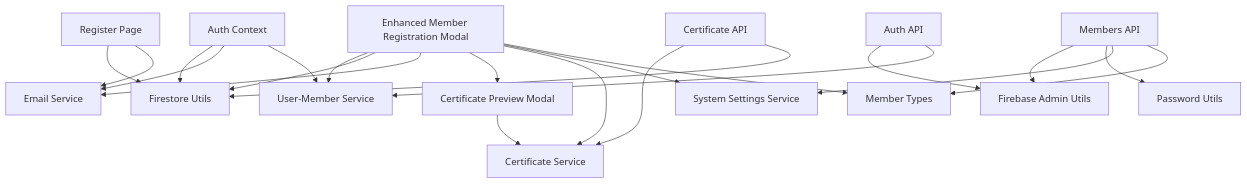
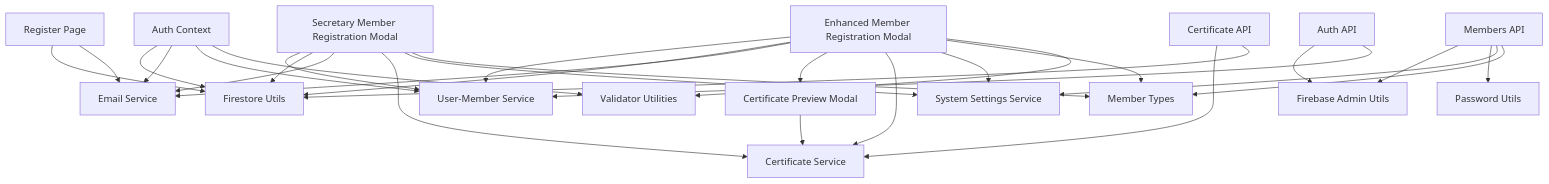
One commit to Unsure-bry/sampacoop_system changed the seventh of 7 diagrams in .qoder/repowiki/en/content/Member Management System/Member Registration Workflow.md. Above: the diagram before and after it, drawn with Mermaid. The commit also changed other lines of this file and 5 other files, not shown here.

````diff
--- a/.qoder/repowiki/en/content/Member Management System/Member Registration Workflow.md
+++ b/.qoder/repowiki/en/content/Member Management System/Member Registration Workflow.md
@@ -540,24 +627,32 @@
 ```mermaid
 graph TB
 RP["Register Page"] --> FIRESTORE["Firestore Utils"]
 RP --> EMAIL["Email Service"]
 MRM["Enhanced Member Registration Modal"] --> UMS["User-Member Service"]
 MRM --> FIRESTORE
 MRM --> EMAIL
 MRM --> CPM["Certificate Preview Modal"]
 MRM --> CERTSERVICE["Certificate Service"]
 MRM --> SETTINGS["System Settings Service"]
 MRM --> MEMBERTYPES["Member Types"]
+MRM --> VALIDATORS["Validator Utilities"]
+SMRM["Secretary Member Registration Modal"] --> UMS
+SMRM --> FIRESTORE
+SMRM --> EMAIL
+SMRM --> CERTSERVICE
+SMRM --> SETTINGS
+SMRM --> MEMBERTYPES
 CPM --> CERTSERVICE
 API_MEM["Members API"] --> FB_ADMIN["Firebase Admin Utils"]
 API_MEM --> PWUTILS["Password Utils"]
 API_MEM --> SETTINGS
 API_MEM --> MEMBERTYPES
 API_CERT["Certificate API"] --> CERTSERVICE
 API_CERT --> FIRESTORE
 AUTHCTX["Auth Context"] --> FIRESTORE
 AUTHCTX --> EMAIL
 AUTHCTX --> UMS
+AUTHCTX --> VALIDATORS
 API_AUTH["Auth API"] --> FB_ADMIN
 API_AUTH --> UMS
 ```
````
